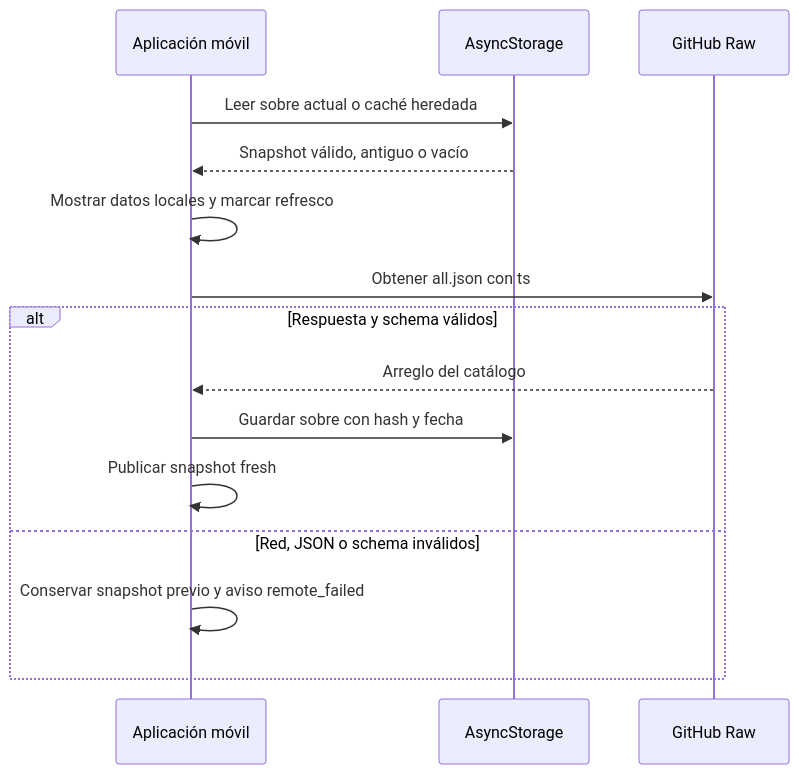
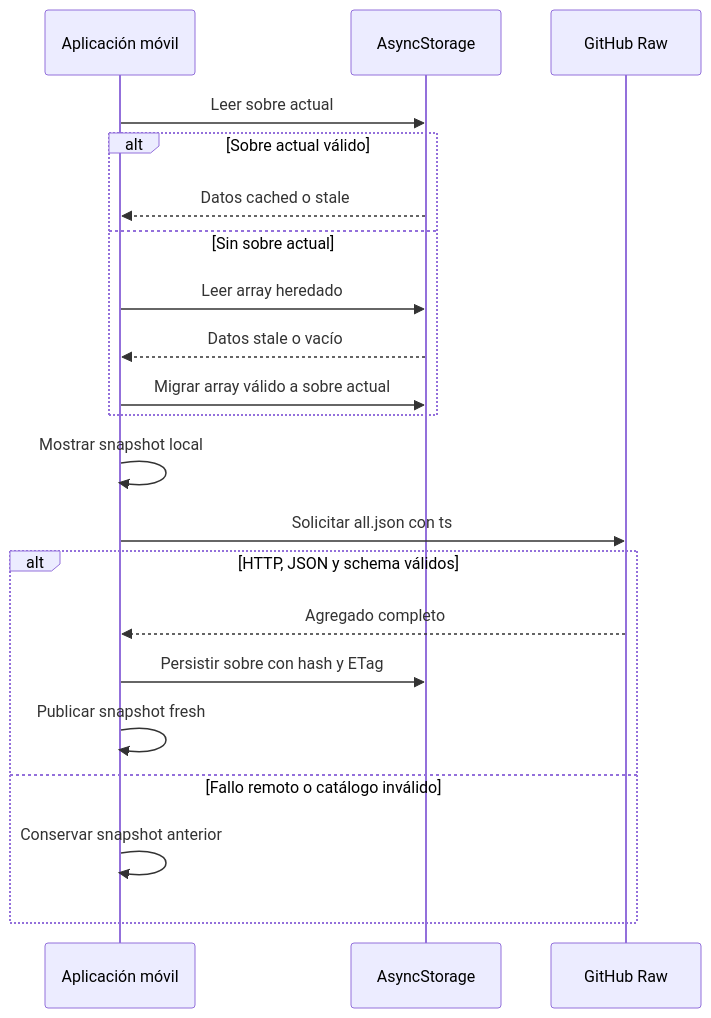
One commit to maximofn/gymnasia changed the second of 2 diagrams in openwiki/content/repositories.md. Above: the diagram before and after it, drawn with Mermaid. The commit also changed other lines of this file and 49 other files, not shown here.

````diff
--- a/openwiki/content/repositories.md
+++ b/openwiki/content/repositories.md
@@ -134,17 +124,23 @@
 ```mermaid
 sequenceDiagram
     participant App as Aplicación móvil
-    participant Store as AsyncStorage
+    participant Storage as AsyncStorage
     participant Raw as GitHub Raw
-    App->>Store: Leer sobre actual o caché heredada
-    Store-->>App: Snapshot válido, antiguo o vacío
-    App->>App: Mostrar datos locales y marcar refresco
-    App->>Raw: Obtener all.json con ts
-    alt Respuesta y schema válidos
-        Raw-->>App: Arreglo del catálogo
-        App->>Store: Guardar sobre con hash y fecha
+    App->>Storage: Leer sobre actual
+    alt Sobre actual válido
+        Storage-->>App: Datos cached o stale
+    else Sin sobre actual
+        App->>Storage: Leer array heredado
+        Storage-->>App: Datos stale o vacío
+        App->>Storage: Migrar array válido a sobre actual
+    end
+    App->>App: Mostrar snapshot local
+    App->>Raw: Solicitar all.json con ts
+    alt HTTP, JSON y schema válidos
+        Raw-->>App: Agregado completo
+        App->>Storage: Persistir sobre con hash y ETag
         App->>App: Publicar snapshot fresh
-    else Red, JSON o schema inválidos
-        App->>App: Conservar snapshot previo y aviso remote_failed
+    else Fallo remoto o catálogo inválido
+        App->>App: Conservar snapshot anterior
     end
 ```
````
